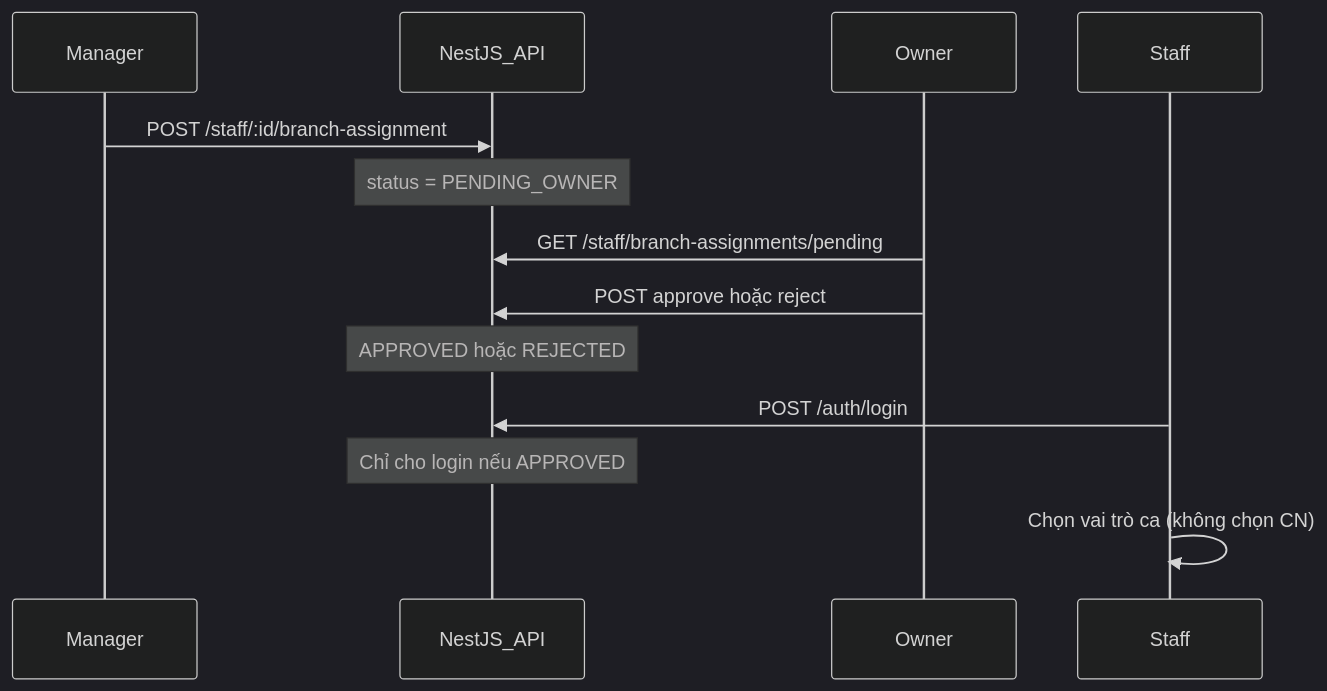
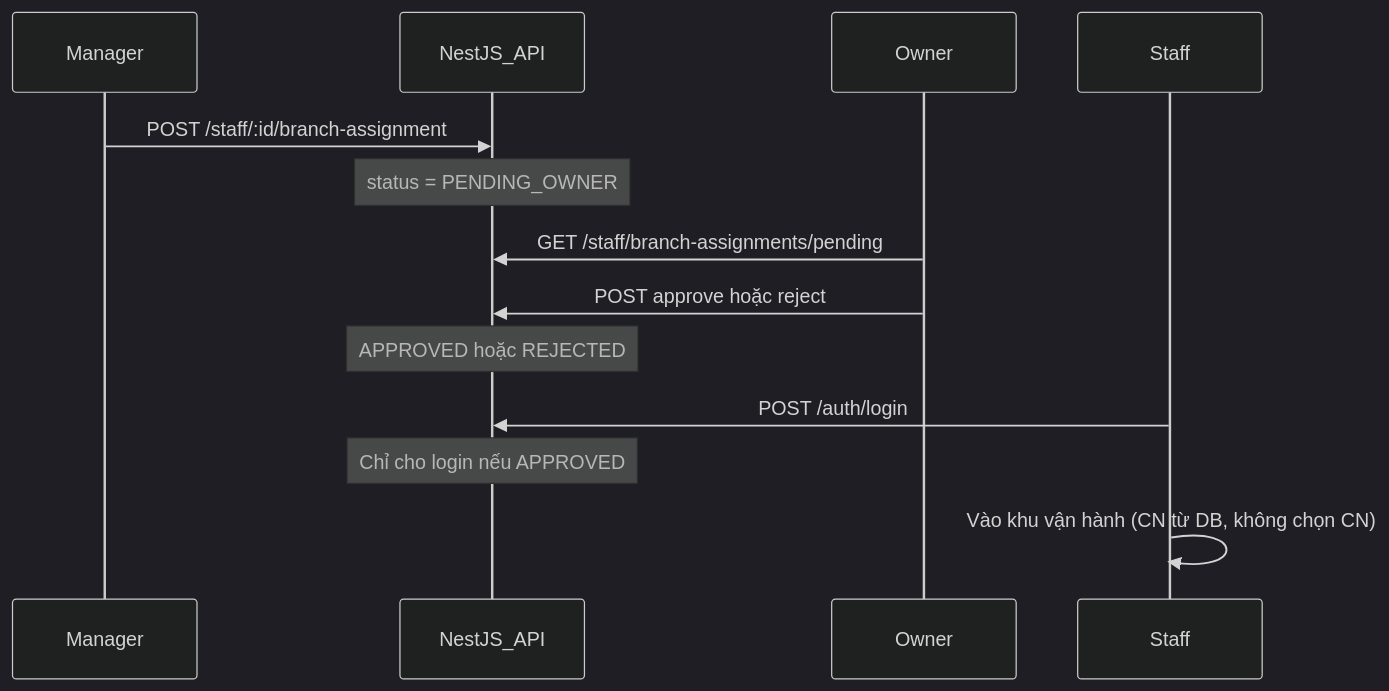
The diagram in docs/BRANCH_ASSIGNMENT.md (CESxMidas/CaffeApp), drawn with Mermaid (dark theme) before and after one commit. The commit also changed other lines of this file and 112 other files, not shown here.

````diff
--- a/docs/BRANCH_ASSIGNMENT.md
+++ b/docs/BRANCH_ASSIGNMENT.md
@@ -10,16 +11,16 @@
 ```mermaid
 sequenceDiagram
   participant M as Manager
   participant API as NestJS_API
   participant O as Owner
   participant S as Staff
 
   M->>API: POST /staff/:id/branch-assignment
   Note over API: status = PENDING_OWNER
   O->>API: GET /staff/branch-assignments/pending
   O->>API: POST approve hoặc reject
   Note over API: APPROVED hoặc REJECTED
   S->>API: POST /auth/login
   Note over API: Chỉ cho login nếu APPROVED
-  S->>S: Chọn vai trò ca (không chọn CN)
+  S->>S: Vào khu vận hành (CN từ DB, không chọn CN)
 ```
````
